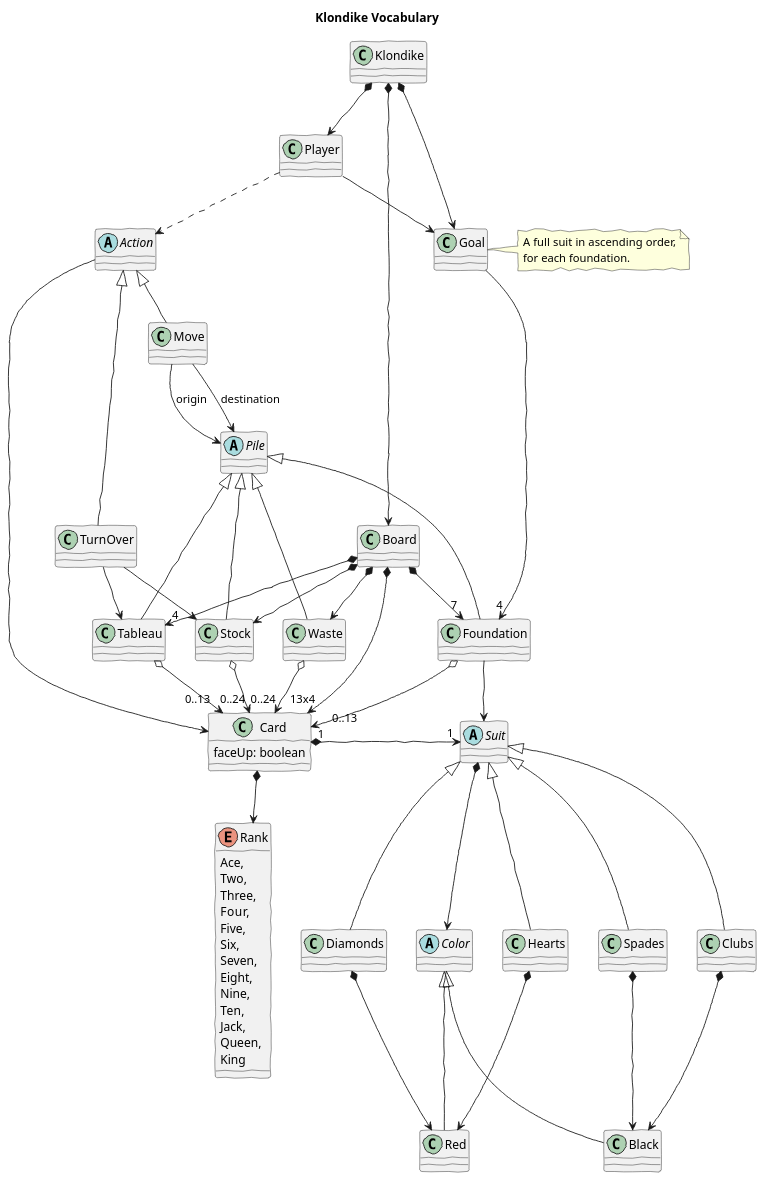
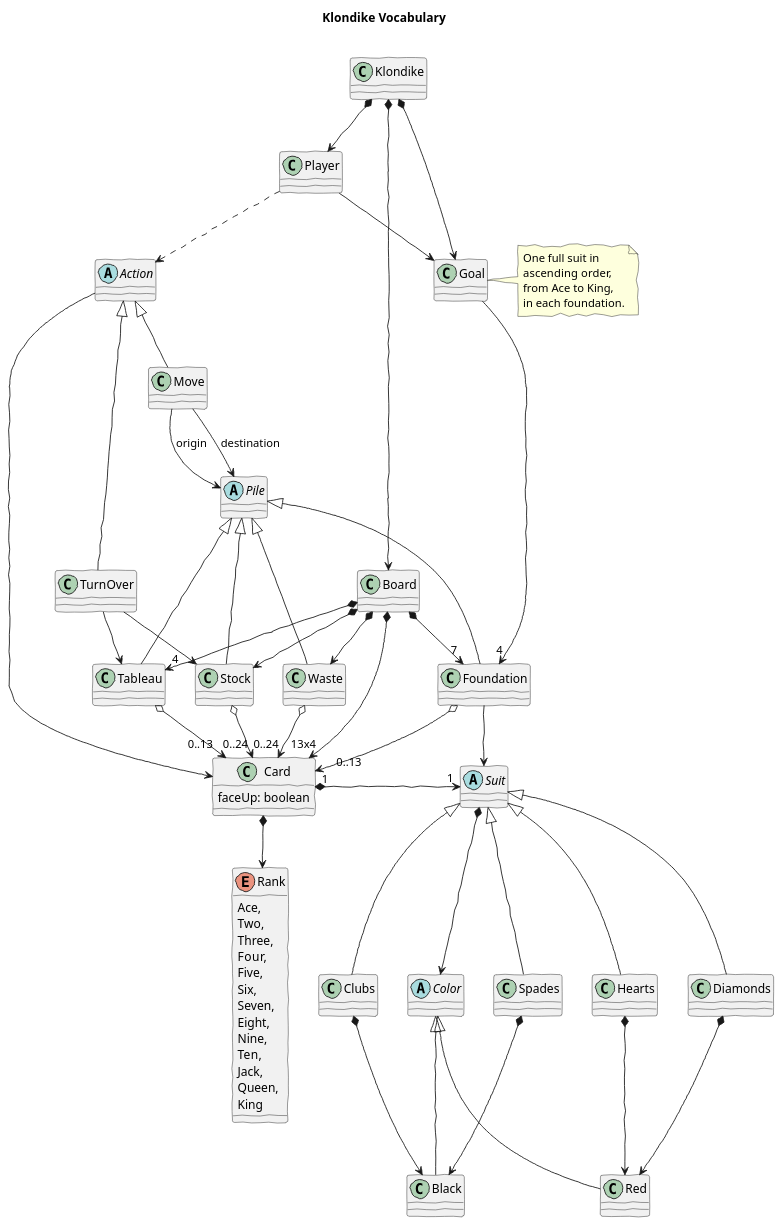
One commit to USantaTecla-ed-mpds/lab-boole changed the diagram in software/game-klondike/docs/klondike--vocabulary.puml. Above: the diagram before and after it, drawn with PlantUML. The commit also changed 1 other file, not shown here.

Commit message:
Klondike: Sort diagrams

```diff
--- a/software/game-klondike/docs/klondike--vocabulary.puml
+++ b/software/game-klondike/docs/klondike--vocabulary.puml
@@ -1,110 +1,117 @@
 @startuml klondike--vocabulary
 skinparam handwritten true
 
-title Klondike Vocabulary
+title Klondike Vocabulary \n
 
 class Klondike
 class Player
 class Goal
 abstract Pile
 class Stock
 class Waste
 class Foundation
 class Tableau
 class Card {
     faceUp: boolean
 }
 enum Rank {
     Ace,
     Two,
     Three,
     Four,
     Five,
     Six,
     Seven,
     Eight,
     Nine,
     Ten,
     Jack,
     Queen,
     King
 }
 
 abstract Suit
 class Spades
 class Hearts
 class Diamonds
 class Clubs
 
 abstract Color
 class Red
 class Black
 
-class Spades
-class Clubs
-class Diamonds
-class Hearts
+together {
+    class Spades
+    class Clubs
+}
+together {
+    class Diamonds
+    class Hearts
+}
 
 abstract Action
 class Move
 class TurnOver
 
 
 
 Klondike *--> Player
 Klondike *-right->  Board
 Board    *--> "13x4" Card
 Klondike *-->  Goal
 
 Player ..> Action
 Player --> Goal
 Goal -> "4" Foundation
 
 note right of Goal {
-    A full suit in ascending order,
-    for each foundation.
+    One full suit in 
+    ascending order, 
+    from Ace to King,
+    in each foundation.
 }
 
 
 Action <|-- Move
 Action <|-- TurnOver
-Action -> Card
+Action --> Card
 Move --> Pile : origin
 Move --> Pile : destination
 TurnOver --> Stock 
 TurnOver --> Tableau 
 
 Pile <|-down-- Stock
 Pile <|-down-- Waste
 Pile <|-down-- Tableau
 Pile <|-down-- Foundation
 
 Board *--> Stock
 Board *--> Waste
 Board *--> "7" Foundation
 Board *--> "4" Tableau
 
 
 Stock      o--> "0..24" Card 
 Waste      o--> "0..24" Card
 Tableau    o--> "0..13 " Card
 Foundation o--> "     0..13" Card
 Foundation --> Suit
 
 Card *--> Rank
 Card "1" *-right-> "1" Suit
 
-Suit *-> Color
+Suit *-d-> Color
 Suit  <|-- Hearts
+Suit  <|-- Diamonds
+Color <|-- Red
+
 Suit  <|-- Spades
-Suit  <|-- Diamonds
 Suit  <|-- Clubs
-Color <|-- Red
 Color <|-- Black
 
 Diamonds *--> Red
 Hearts   *--> Red
 Clubs    *--> Black
 Spades   *--> Black
 
 @enduml
```
